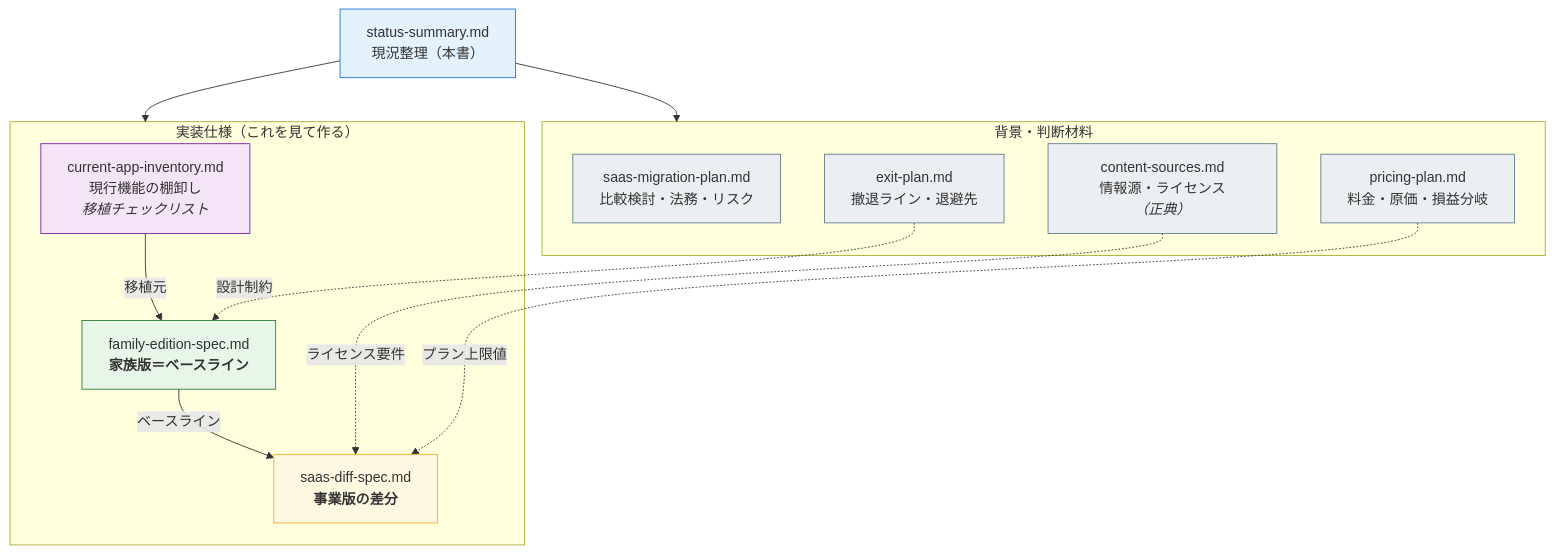
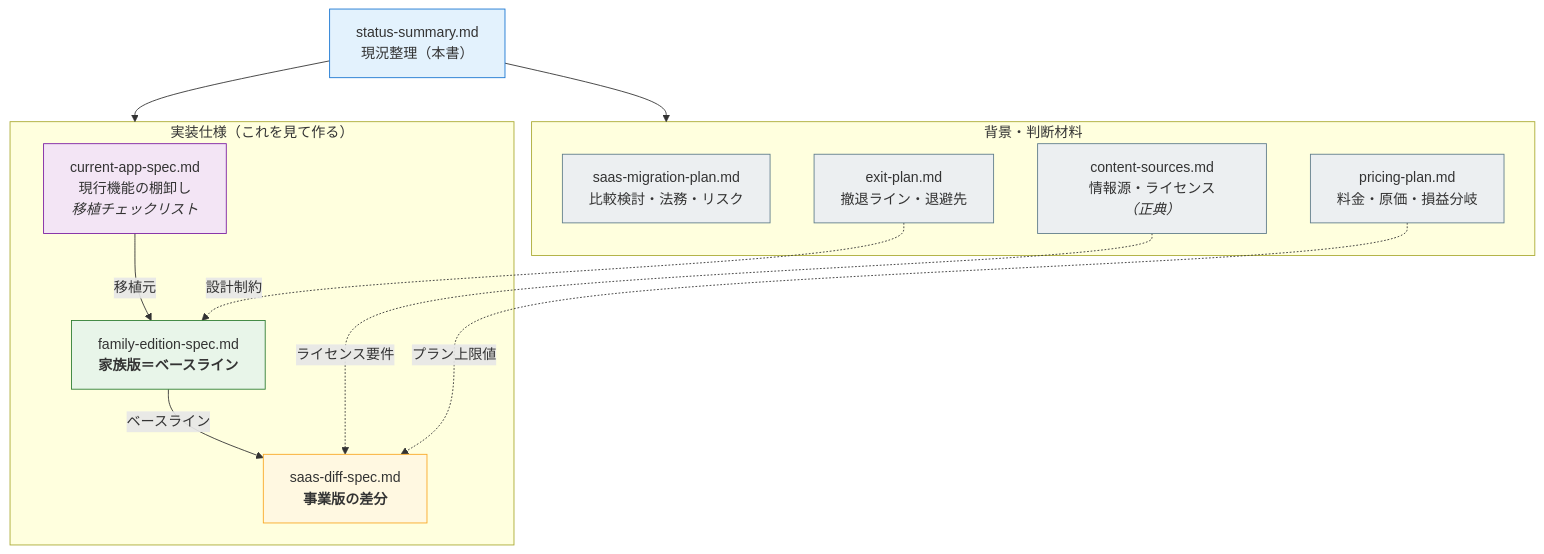
Before and after one commit to hisataka0206/englishLearningApp: the diagram in docs/20-plans/status-summary.md, drawn with Mermaid. The commit also changed other lines of this file and 7 other files, not shown here.

First line of the commit message:
docs: 現行アプリの3仕様書を current-app-spec.md に統合

````diff
--- a/docs/20-plans/status-summary.md
+++ b/docs/20-plans/status-summary.md
@@ -199,31 +199,31 @@
 ```mermaid
 flowchart TB
     SS["status-summary.md<br/>現況整理（本書）"]:::meta
 
     subgraph IMPL["実装仕様（これを見て作る）"]
-        INV["current-app-inventory.md<br/>現行機能の棚卸し<br/><i>移植チェックリスト</i>"]:::inv
+        INV["current-app-spec.md<br/>現行機能の棚卸し<br/><i>移植チェックリスト</i>"]:::inv
         FAM["family-edition-spec.md<br/><b>家族版＝ベースライン</b>"]:::fam
         DIFF["saas-diff-spec.md<br/><b>事業版の差分</b>"]:::diff
     end
 
     subgraph BG["背景・判断材料"]
         MIG["saas-migration-plan.md<br/>比較検討・法務・リスク"]:::bg
         PRC["pricing-plan.md<br/>料金・原価・損益分岐"]:::bg
         SRC["content-sources.md<br/>情報源・ライセンス<i>（正典）</i>"]:::bg
         EXIT["exit-plan.md<br/>撤退ライン・退避先"]:::bg
     end
 
     SS --> IMPL
     SS --> BG
     INV -->|"移植元"| FAM
     FAM -->|"ベースライン"| DIFF
     SRC -.->|"ライセンス要件"| DIFF
     PRC -.->|"プラン上限値"| DIFF
     EXIT -.->|"設計制約"| FAM
 
     classDef meta fill:#e3f2fd,stroke:#1976d2
     classDef inv fill:#f3e5f5,stroke:#7b1fa2
     classDef fam fill:#e8f5e9,stroke:#2e7d32
     classDef diff fill:#fff8e1,stroke:#f9a825
     classDef bg fill:#eceff1,stroke:#607d8b
 ```
````
